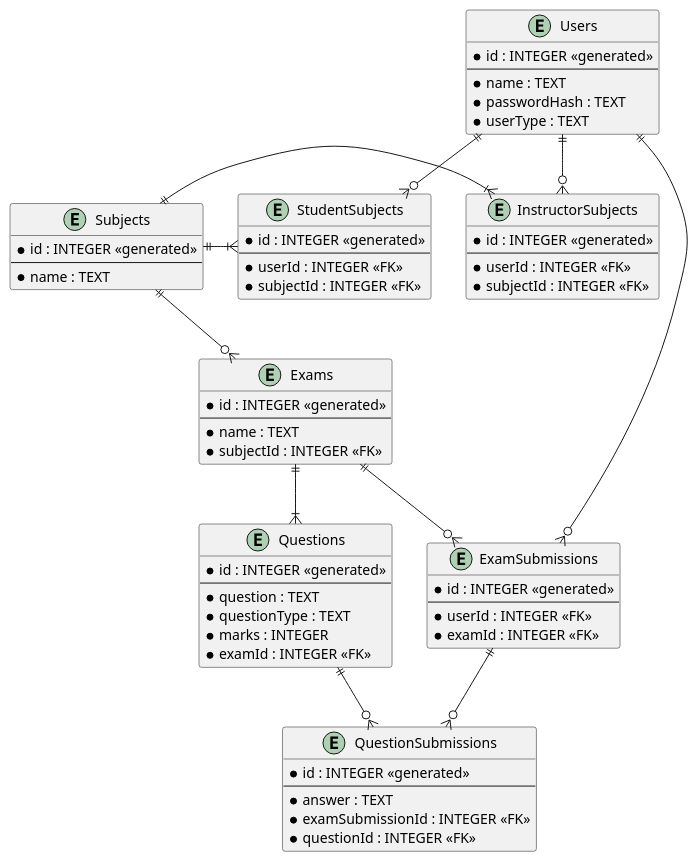
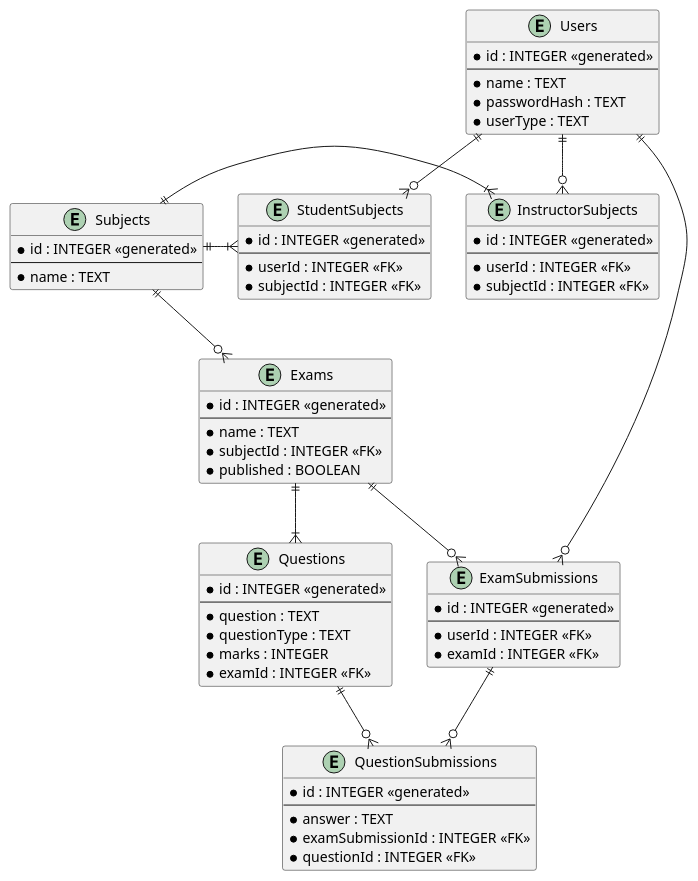
One commit to omjadas/ekzameno changed the diagram in docs/er.puml. Above: the diagram before and after it, drawn with PlantUML.

Commit message:
docs: add published column to Exams

```diff
--- a/docs/er.puml
+++ b/docs/er.puml
@@ -1,75 +1,76 @@
 @startuml ER Diagram
 
 entity Users {
     * id : INTEGER <<generated>>
     --
     * name : TEXT
     * passwordHash : TEXT
     * userType : TEXT
 }
 
 entity Subjects {
     * id : INTEGER <<generated>>
     --
     * name : TEXT
 }
 
 entity Exams {
     * id : INTEGER <<generated>>
     --
     * name : TEXT
     * subjectId : INTEGER <<FK>>
+    * published : BOOLEAN
 }
 
 entity Questions {
     * id : INTEGER <<generated>>
     --
     * question : TEXT
     * questionType : TEXT
     * marks : INTEGER
     * examId : INTEGER <<FK>>
 }
 
 entity ExamSubmissions {
     * id : INTEGER <<generated>>
     --
     * userId : INTEGER <<FK>>
     * examId : INTEGER <<FK>>
 }
 
 entity QuestionSubmissions {
     * id : INTEGER <<generated>>
     --
     * answer : TEXT
     * examSubmissionId : INTEGER <<FK>>
     * questionId : INTEGER <<FK>>
 }
 
 entity InstructorSubjects {
     * id : INTEGER <<generated>>
     --
     * userId : INTEGER <<FK>>
     * subjectId : INTEGER <<FK>>
 }
 
 entity StudentSubjects {
     * id : INTEGER <<generated>>
     --
     * userId : INTEGER <<FK>>
     * subjectId : INTEGER <<FK>>
 }
 
 Subjects ||--o{ Exams
 Exams ||--|{ Questions
 Users ||--o{ ExamSubmissions
 Exams ||--o{ ExamSubmissions
 ExamSubmissions ||--o{ QuestionSubmissions
 Questions ||--o{ QuestionSubmissions
 
 Users ||--o{ InstructorSubjects
 Users ||--o{ StudentSubjects
 
 Subjects ||-|{ InstructorSubjects
 Subjects ||-|{ StudentSubjects
 
 @enduml
```
